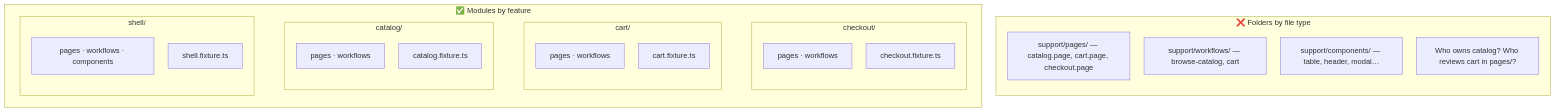
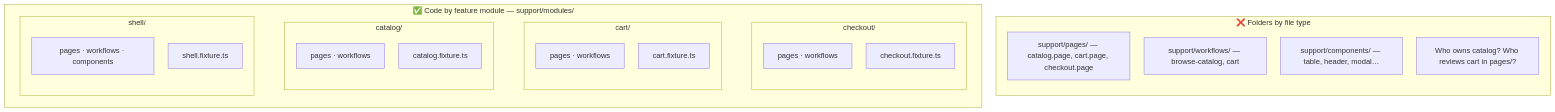
One commit to getulionm/pw-composition changed the first of 5 diagrams in README.md. Above: the diagram before and after it, drawn with Mermaid. The commit also changed other lines of this file, not shown here.

Commit message:
Fix duplicate shell node in Proposal 1 Mermaid diagram.
Rename subgraph IDs so layout links do not spawn a second shell box; clarify code vs tests in Proposal 1 copy.

````diff
--- a/README.md
+++ b/README.md
@@ -22,36 +22,36 @@
 ```mermaid
 %%{init: {"themeVariables": {"fontSize": "16px"}, "flowchart": {"nodeSpacing": 30, "rankSpacing": 40}}}%%
 flowchart TB
   subgraph old["❌ Folders by file type"]
     direction TB
     P["support/pages/ — catalog.page, cart.page, checkout.page"]
     W["support/workflows/ — browse-catalog, cart"]
     C["support/components/ — table, header, modal…"]
     Q["Who owns catalog? Who reviews cart in pages/?"]
   end
 
-  subgraph neu["✅ Modules by feature"]
+  subgraph neu["✅ Code by feature module — support/modules/"]
     direction LR
-    subgraph shell["shell/"]
+    subgraph modShell["shell/"]
       direction TB
       S1["pages · workflows · components"]
       S2["shell.fixture.ts"]
     end
-    subgraph catalog["catalog/"]
+    subgraph modCatalog["catalog/"]
       direction TB
       C1["pages · workflows"]
       C2["catalog.fixture.ts"]
     end
-    subgraph cart["cart/"]
+    subgraph modCart["cart/"]
       direction TB
       K1["pages · workflows"]
       K2["cart.fixture.ts"]
     end
-    subgraph checkout["checkout/"]
+    subgraph modCheckout["checkout/"]
       direction TB
       X1["pages · workflows"]
       X2["checkout.fixture.ts"]
     end
-    shell ~~~ catalog ~~~ cart ~~~ checkout
+    modShell ~~~ modCatalog ~~~ modCart ~~~ modCheckout
   end
 ```
````
